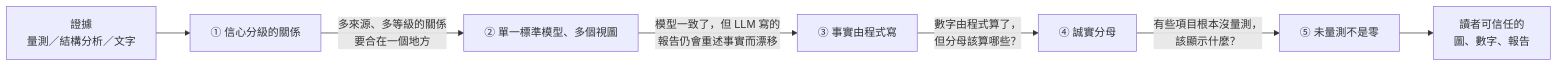
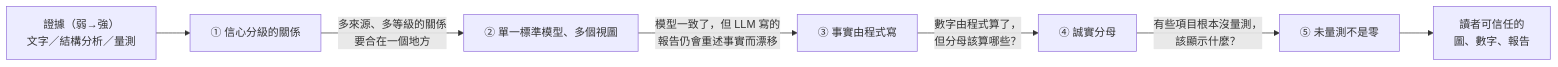
The diagram in docs/asianplop-paper-zh.md (ANYuu531/ChatOps4Msa-Pipeline), drawn with Mermaid before and after one commit. The commit also changed other lines of this file, not shown here.

````diff
--- a/docs/asianplop-paper-zh.md
+++ b/docs/asianplop-paper-zh.md
@@ -153,9 +155,9 @@
 ```mermaid
 flowchart LR
-    E["證據<br/>量測／結構分析／文字"] --> P1
+    E["證據（弱→強）<br/>文字／結構分析／量測"] --> P1
     P1["① 信心分級的關係"] -->|"多來源、多等級的關係<br/>要合在一個地方"| P2
     P2["② 單一標準模型、多個視圖"] -->|"模型一致了，但 LLM 寫的<br/>報告仍會重述事實而漂移"| P3
     P3["③ 事實由程式寫"] -->|"數字由程式算了，<br/>但分母該算哪些？"| P4
     P4["④ 誠實分母"] -->|"有些項目根本沒量測，<br/>該顯示什麼？"| P5
     P5["⑤ 未量測不是零"] --> V["讀者可信任的<br/>圖、數字、報告"]
 ```
````
